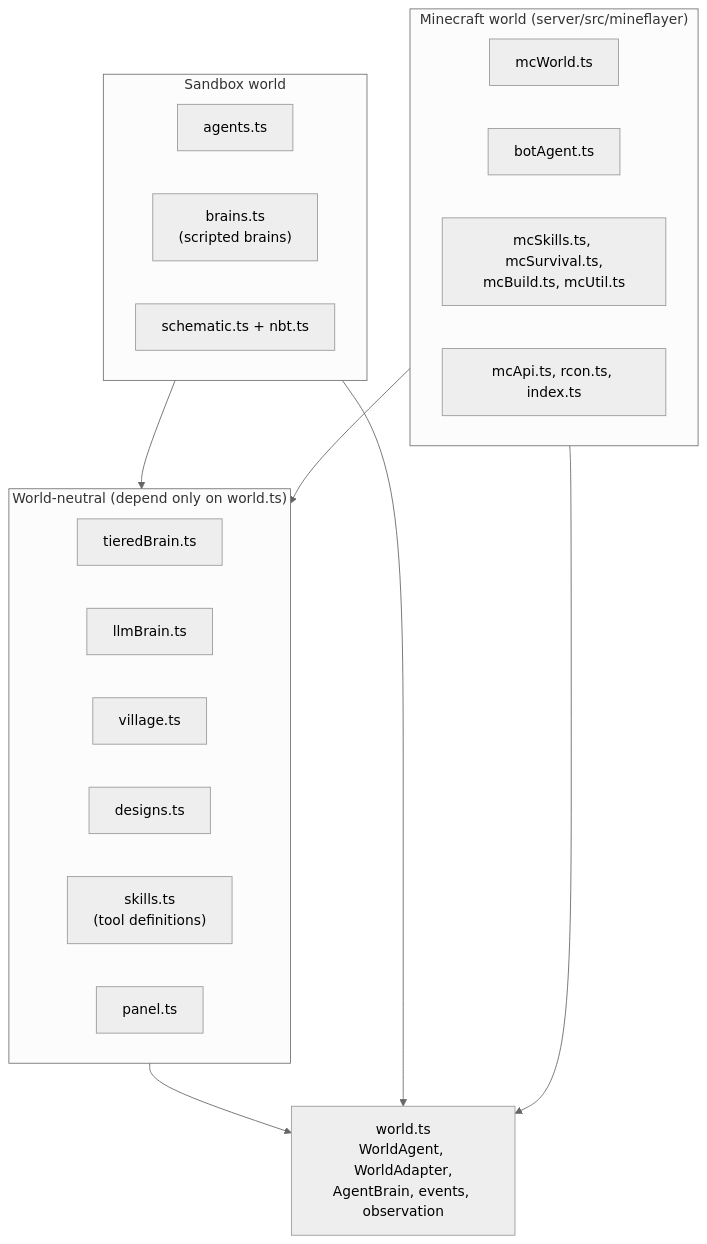
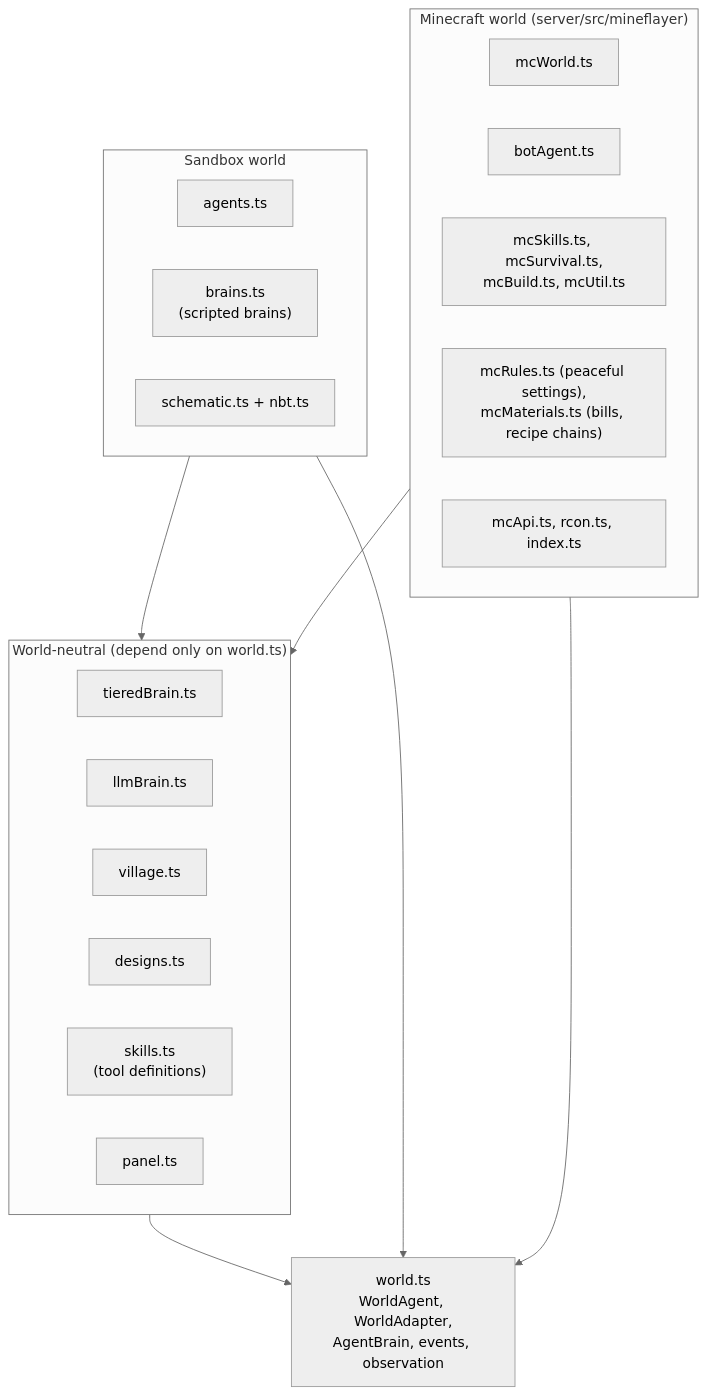
One commit to delphium226/MCAISandbox changed the third of 12 diagrams in docs/ARCHITECTURE.md. Above: the diagram before and after it, drawn with Mermaid (neutral theme). The commit also changed 6 other files, not shown here.

First line of the commit message:
Bills of materials and recipe chains for the village economy

````diff
--- a/docs/ARCHITECTURE.md
+++ b/docs/ARCHITECTURE.md
@@ -132,28 +132,29 @@
 ```mermaid
 flowchart TB
   subgraph neutral["World-neutral (depend only on world.ts)"]
     tiered["tieredBrain.ts"]
     llm["llmBrain.ts"]
     village["village.ts"]
     designs["designs.ts"]
     skills["skills.ts<br/>(tool definitions)"]
     panelts["panel.ts"]
   end
   world["world.ts<br/>WorldAgent, WorldAdapter,<br/>AgentBrain, events, observation"]
   subgraph sandbox["Sandbox world"]
     agents["agents.ts"]
     brains["brains.ts<br/>(scripted brains)"]
     schematic["schematic.ts + nbt.ts"]
   end
   subgraph minecraft["Minecraft world (server/src/mineflayer)"]
     mcworld["mcWorld.ts"]
     bot["botAgent.ts"]
     mcskills["mcSkills.ts, mcSurvival.ts,<br/>mcBuild.ts, mcUtil.ts"]
+    mcecon["mcRules.ts (peaceful settings),<br/>mcMaterials.ts (bills, recipe chains)"]
     mcapi["mcApi.ts, rcon.ts, index.ts"]
   end
   neutral --> world
   sandbox --> world
   minecraft --> world
   sandbox --> neutral
   minecraft --> neutral
 ```
````
